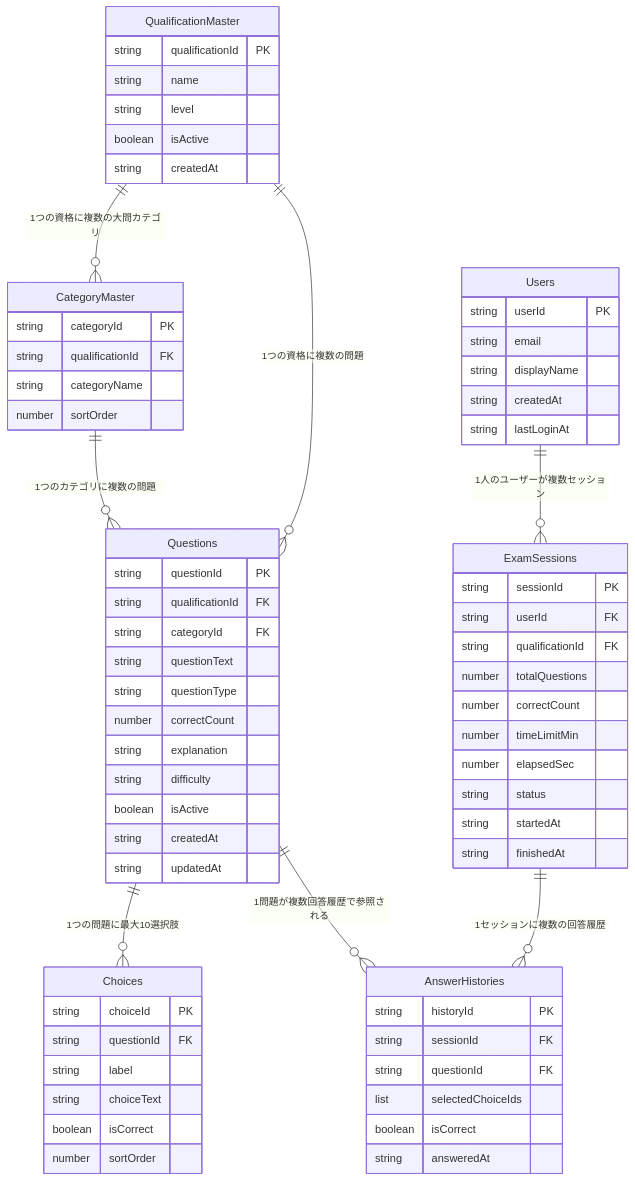
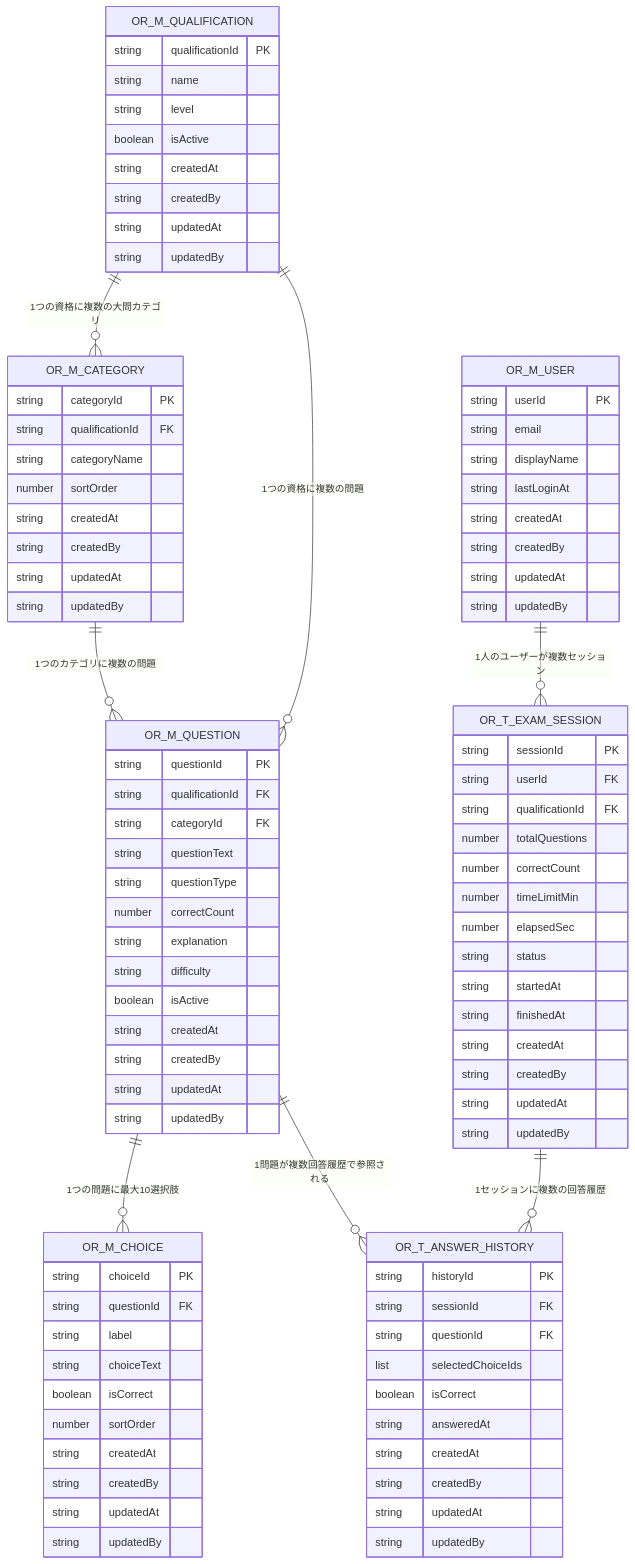
Before and after one commit to naotowada5/OracleMasterApp: the diagram in 01_docs/02_sd/03_データベース設計/ER図.md, drawn with Mermaid. The commit also changed other lines of this file and 34 other files, not shown here.

````diff
--- a/01_docs/02_sd/03_データベース設計/ER図.md
+++ b/01_docs/02_sd/03_データベース設計/ER図.md
@@ -7,27 +9,34 @@
 ```mermaid
 erDiagram
-    QualificationMaster ||--o{ CategoryMaster : "1つの資格に複数の大問カテゴリ"
-    QualificationMaster ||--o{ Questions : "1つの資格に複数の問題"
-    CategoryMaster ||--o{ Questions : "1つのカテゴリに複数の問題"
-    Questions ||--o{ Choices : "1つの問題に最大10選択肢"
-    Users ||--o{ ExamSessions : "1人のユーザーが複数セッション"
-    ExamSessions ||--o{ AnswerHistories : "1セッションに複数の回答履歴"
-    Questions ||--o{ AnswerHistories : "1問題が複数回答履歴で参照される"
+    OR_M_QUALIFICATION ||--o{ OR_M_CATEGORY : "1つの資格に複数の大問カテゴリ"
+    OR_M_QUALIFICATION ||--o{ OR_M_QUESTION : "1つの資格に複数の問題"
+    OR_M_CATEGORY ||--o{ OR_M_QUESTION : "1つのカテゴリに複数の問題"
+    OR_M_QUESTION ||--o{ OR_M_CHOICE : "1つの問題に最大10選択肢"
+    OR_M_USER ||--o{ OR_T_EXAM_SESSION : "1人のユーザーが複数セッション"
+    OR_T_EXAM_SESSION ||--o{ OR_T_ANSWER_HISTORY : "1セッションに複数の回答履歴"
+    OR_M_QUESTION ||--o{ OR_T_ANSWER_HISTORY : "1問題が複数回答履歴で参照される"
 
-    QualificationMaster {
+    OR_M_QUALIFICATION {
         string qualificationId PK
         string name
         string level
         boolean isActive
         string createdAt
+        string createdBy
+        string updatedAt
+        string updatedBy
     }
-    CategoryMaster {
+    OR_M_CATEGORY {
         string categoryId PK
         string qualificationId FK
         string categoryName
         number sortOrder
+        string createdAt
+        string createdBy
+        string updatedAt
+        string updatedBy
     }
-    Questions {
+    OR_M_QUESTION {
         string questionId PK
         string qualificationId FK
         string categoryId FK
@@ -38,24 +47,33 @@
         string difficulty
         boolean isActive
         string createdAt
+        string createdBy
         string updatedAt
+        string updatedBy
     }
-    Choices {
+    OR_M_CHOICE {
         string choiceId PK
         string questionId FK
         string label
         string choiceText
         boolean isCorrect
         number sortOrder
+        string createdAt
+        string createdBy
+        string updatedAt
+        string updatedBy
     }
-    Users {
+    OR_M_USER {
         string userId PK
         string email
         string displayName
+        string lastLoginAt
         string createdAt
-        string lastLoginAt
+        string createdBy
+        string updatedAt
+        string updatedBy
     }
-    ExamSessions {
+    OR_T_EXAM_SESSION {
         string sessionId PK
         string userId FK
         string qualificationId FK
@@ -66,13 +84,21 @@
         string status
         string startedAt
         string finishedAt
+        string createdAt
+        string createdBy
+        string updatedAt
+        string updatedBy
     }
-    AnswerHistories {
+    OR_T_ANSWER_HISTORY {
         string historyId PK
         string sessionId FK
         string questionId FK
         list selectedChoiceIds
         boolean isCorrect
         string answeredAt
+        string createdAt
+        string createdBy
+        string updatedAt
+        string updatedBy
     }
 ```
````
